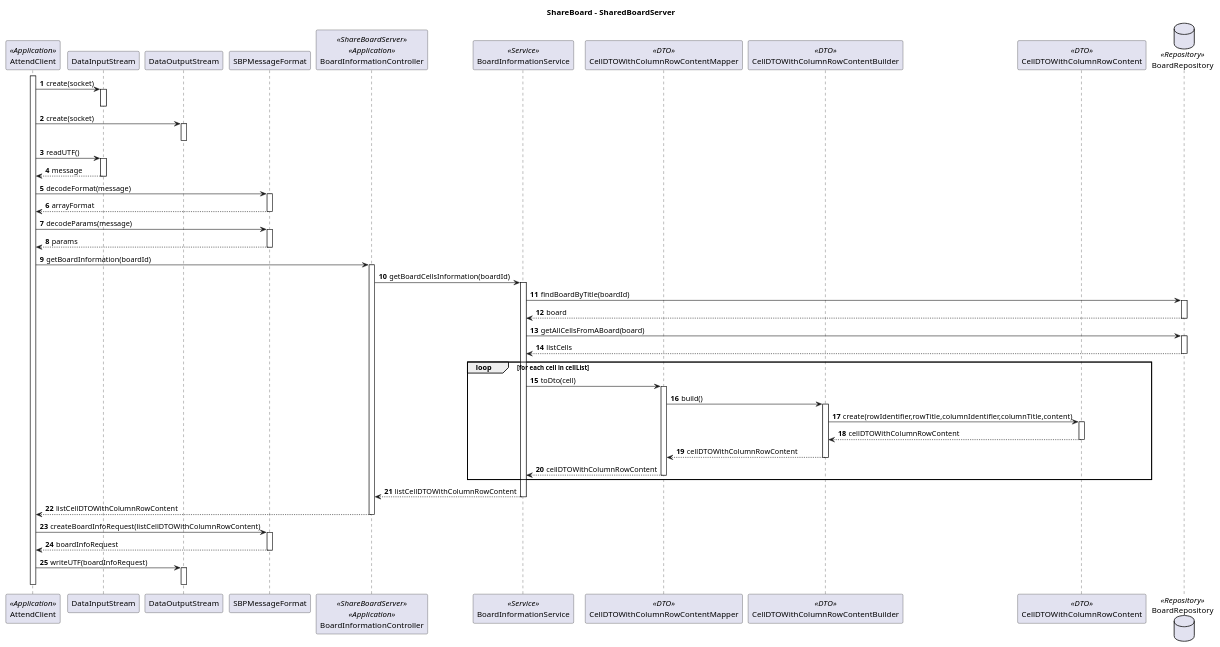
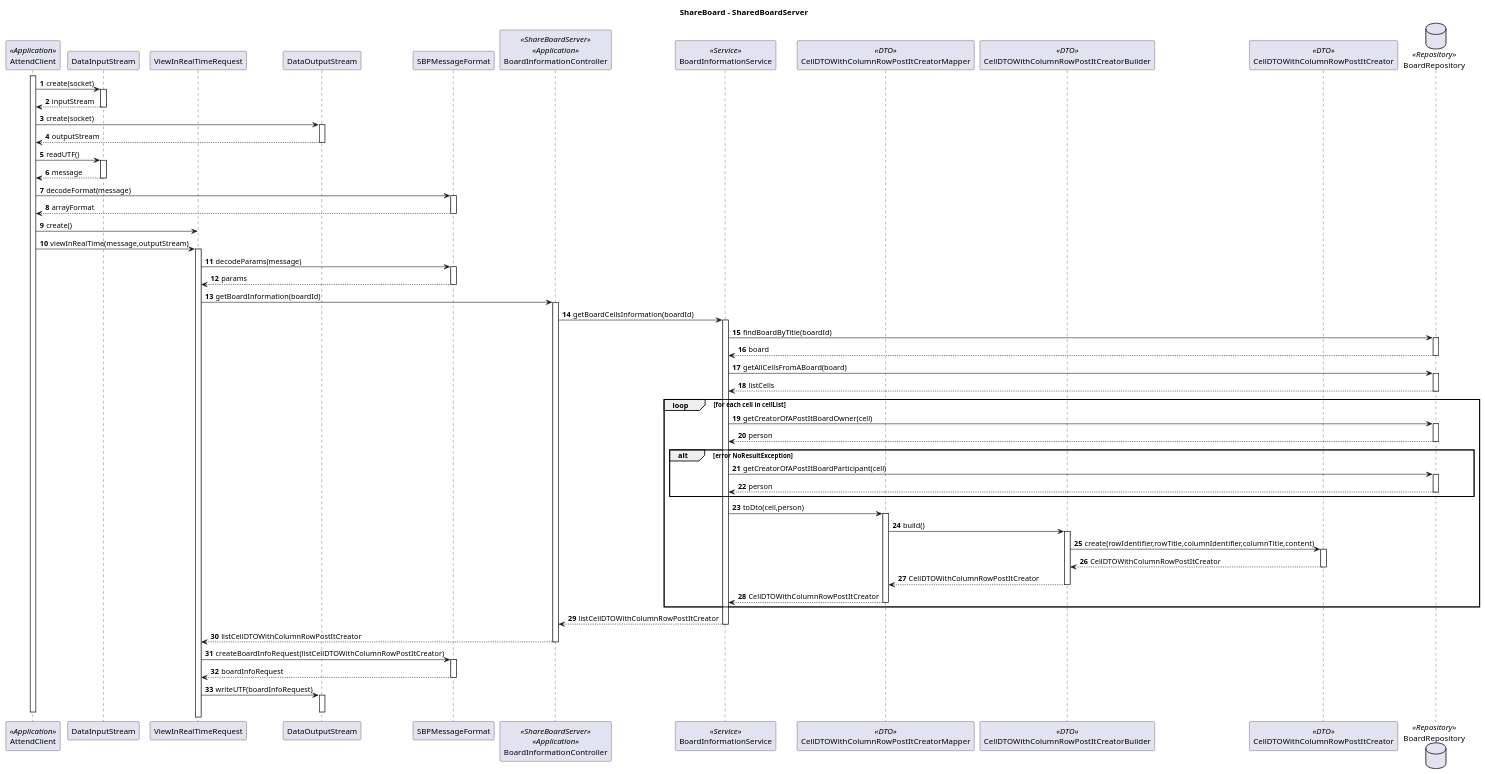
One commit to Marco-Nobrega-Andrade/sem4pi_22_23 changed the diagram in docs/Sprint_C/us_3005/SD_BoardInformation.puml. Above: the diagram before and after it, drawn with PlantUML. The commit also changed 4 other files, not shown here.

```diff
--- a/docs/Sprint_C/us_3005/SD_BoardInformation.puml
+++ b/docs/Sprint_C/us_3005/SD_BoardInformation.puml
@@ -1,70 +1,82 @@
 @startuml
 'https://plantuml.com/sequence-diagram
 
 autonumber
 
 autonumber
 title ShareBoard - SharedBoardServer
 
 participant "AttendClient" as ac <<Application>>
 participant "DataInputStream" as dis
+participant "ViewInRealTimeRequest" as request
 participant "DataOutputStream" as dos
 participant "SBPMessageFormat" as sbp
 participant "BoardInformationController" as ctrl <<ShareBoardServer>> <<Application>>
 participant "BoardInformationService" as bis <<Service>>
-participant "CellDTOWithColumnRowContentMapper" as ma <<DTO>>
-participant "CellDTOWithColumnRowContentBuilder" as builder <<DTO>>
-participant "CellDTOWithColumnRowContent" as dto <<DTO>>
+participant "CellDTOWithColumnRowPostItCreatorMapper" as ma <<DTO>>
+participant "CellDTOWithColumnRowPostItCreatorBuilder" as builder <<DTO>>
+participant "CellDTOWithColumnRowPostItCreator" as dto <<DTO>>
 database "BoardRepository" as br <<Repository>>
 
 activate ac
 ac -> dis : create(socket)
 activate dis
-deactivate dis
+return inputStream
 ac -> dos : create(socket)
 activate dos
-deactivate dos
+return outputStream
 ac -> dis : readUTF()
 activate dis
 return message
 ac -> sbp : decodeFormat(message)
 activate sbp
 return arrayFormat
-ac -> sbp : decodeParams(message)
+ac -> request: create()
+ac -> request: viewInRealTime(message,outputStream)
+activate request
+request -> sbp : decodeParams(message)
 activate sbp
 return params
-ac -> ctrl : getBoardInformation(boardId)
+request -> ctrl : getBoardInformation(boardId)
 activate ctrl
 ctrl -> bis : getBoardCellsInformation(boardId)
 activate bis
 bis -> br : findBoardByTitle(boardId)
 activate br
 return board
 bis -> br : getAllCellsFromABoard(board)
 activate br
 br --> bis: listCells
 deactivate br
 loop for each cell in cellList
-bis -> ma: toDto(cell)
+bis -> br : getCreatorOfAPostItBoardOwner(cell)
+activate br
+return person
+alt error NoResultException
+bis -> br : getCreatorOfAPostItBoardParticipant(cell)
+activate br
+return person
+end
+bis -> ma: toDto(cell,person)
 activate ma
 ma -> builder: build()
 activate builder
 builder -> dto: create(rowIdentifier,rowTitle,columnIdentifier,columnTitle,content)
 activate dto
-return cellDTOWithColumnRowContent
-return cellDTOWithColumnRowContent
-return cellDTOWithColumnRowContent
+return CellDTOWithColumnRowPostItCreator
+return CellDTOWithColumnRowPostItCreator
+return CellDTOWithColumnRowPostItCreator
 end
 
-bis --> ctrl: listCellDTOWithColumnRowContent
+bis --> ctrl: listCellDTOWithColumnRowPostItCreator
 deactivate bis
-ctrl --> ac : listCellDTOWithColumnRowContent
+ctrl --> request : listCellDTOWithColumnRowPostItCreator
 deactivate ctrl
-ac -> sbp : createBoardInfoRequest(listCellDTOWithColumnRowContent)
+request -> sbp : createBoardInfoRequest(listCellDTOWithColumnRowPostItCreator)
 activate sbp
 return boardInfoRequest
-ac -> dos : writeUTF(boardInfoRequest)
+request -> dos : writeUTF(boardInfoRequest)
 activate dos
 deactivate dos
 deactivate ac
 @enduml
```
